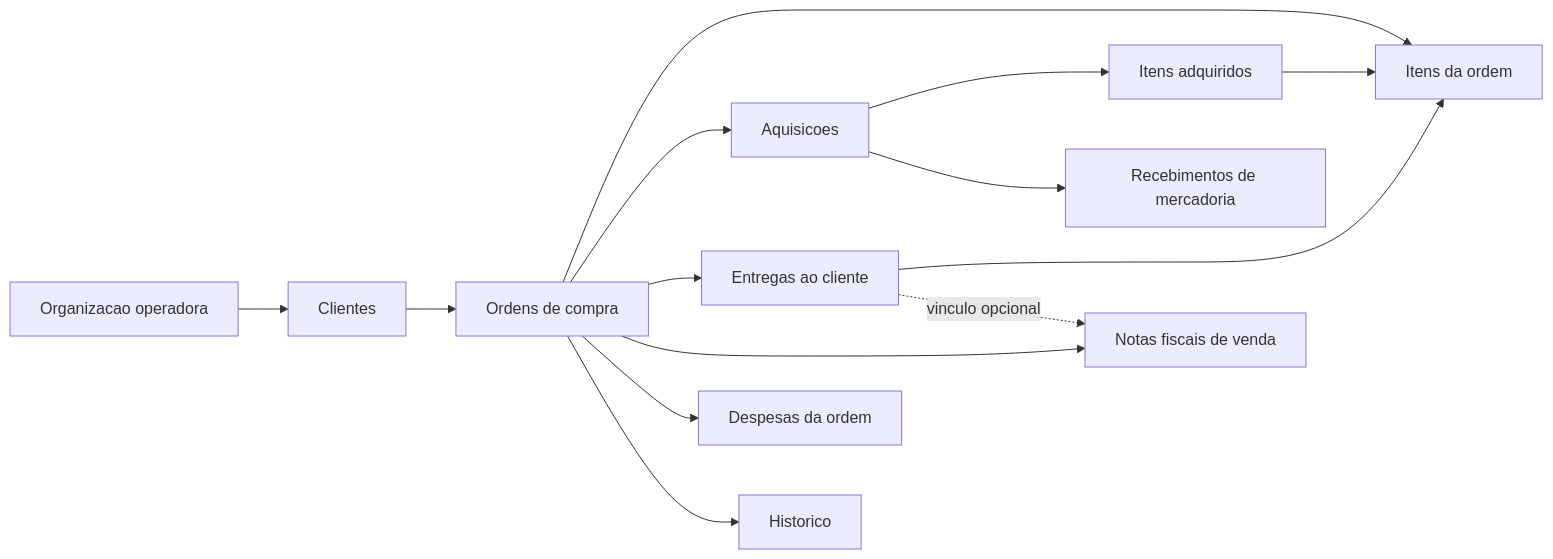
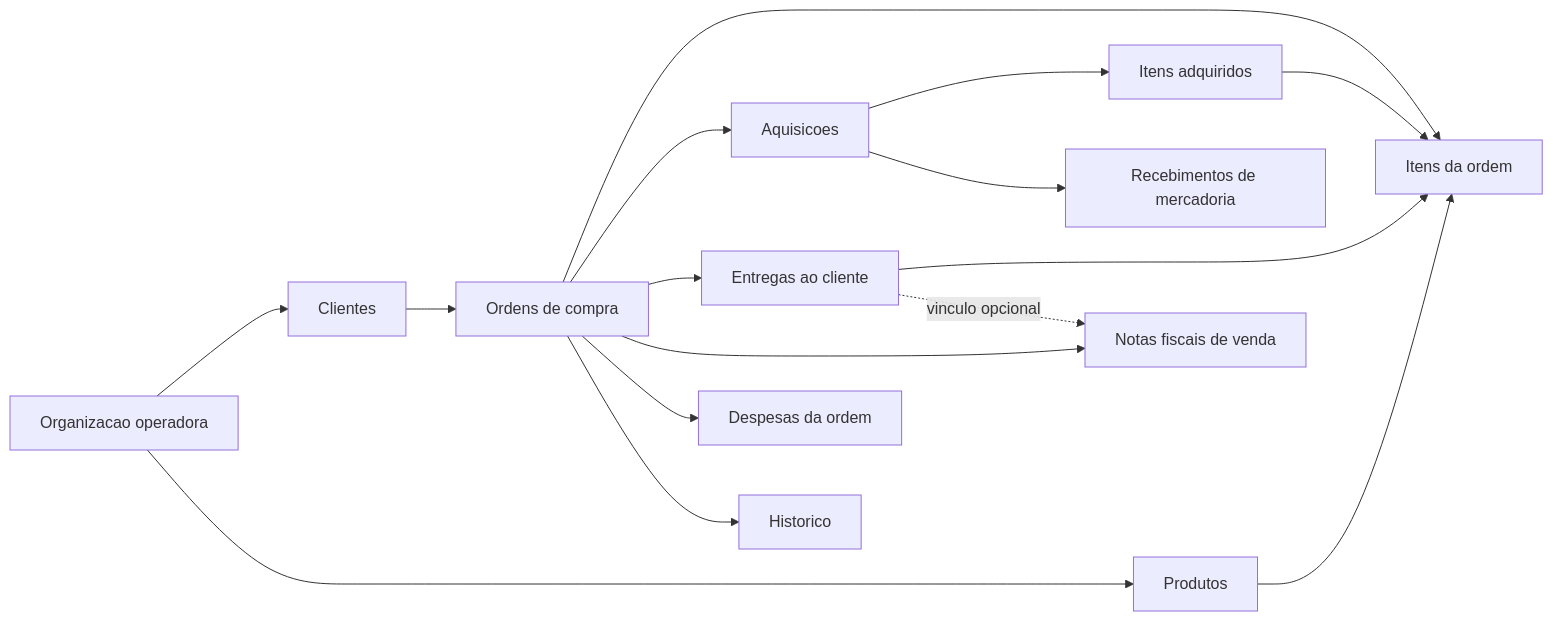
One commit to felipemarq/fincheck-api changed the diagram in docs/business-rules-v2.md. Above: the diagram before and after it, drawn with Mermaid. The commit also changed other lines of this file and 264 other files, not shown here.

````diff
--- a/docs/business-rules-v2.md
+++ b/docs/business-rules-v2.md
@@ -131,16 +136,18 @@
 ```mermaid
 flowchart LR
     O["Organizacao operadora"] --> C["Clientes"]
+    O --> P["Produtos"]
     C --> OC["Ordens de compra"]
     OC --> I["Itens da ordem"]
+    P --> I
     OC --> A["Aquisicoes"]
     A --> AI["Itens adquiridos"]
     AI --> I
     A --> R["Recebimentos de mercadoria"]
     OC --> E["Entregas ao cliente"]
     E --> I
     OC --> NF["Notas fiscais de venda"]
     E -. "vinculo opcional" .-> NF
     OC --> D["Despesas da ordem"]
     OC --> H["Historico"]
 ```
````
